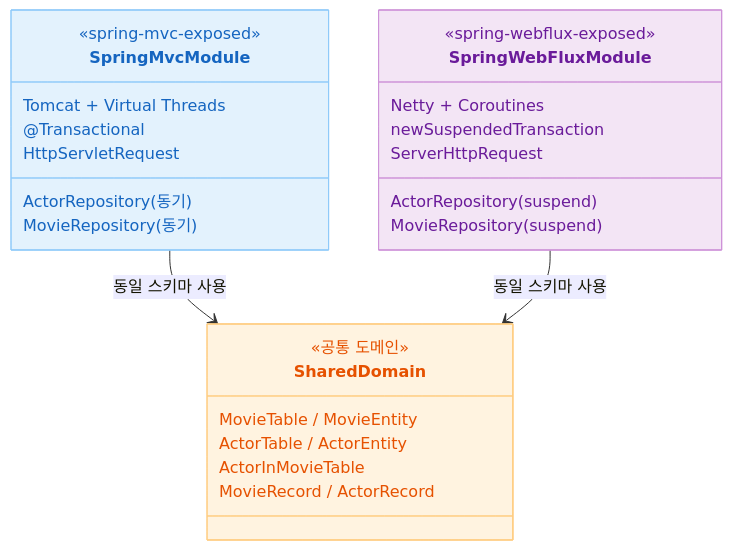
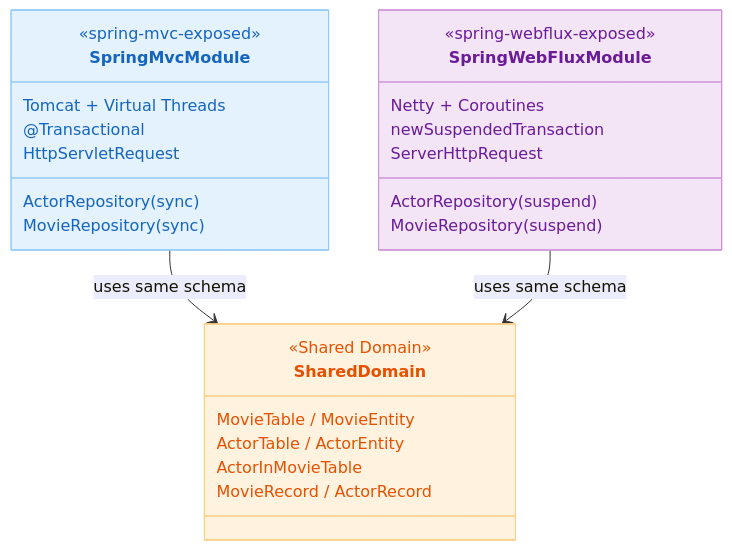
Before and after one commit to bluetape4k/exposed-workshop: the first of 2 diagrams in 01-spring-boot/README.md, drawn with Mermaid. The commit also changed other lines of this file and 115 other files, not shown here.

````diff
--- a/01-spring-boot/README.md
+++ b/01-spring-boot/README.md
@@ -27,35 +29,35 @@
 ```mermaid
 classDiagram
     class SpringMvcModule {
         <<spring-mvc-exposed>>
         Tomcat + Virtual Threads
         @Transactional
         HttpServletRequest
-        ActorRepository (동기)
-        MovieRepository (동기)
+        ActorRepository (sync)
+        MovieRepository (sync)
     }
 
     class SpringWebFluxModule {
         <<spring-webflux-exposed>>
         Netty + Coroutines
         newSuspendedTransaction
         ServerHttpRequest
         ActorRepository (suspend)
         MovieRepository (suspend)
     }
 
     class SharedDomain {
-        <<공통 도메인>>
+        <<Shared Domain>>
         MovieTable / MovieEntity
         ActorTable / ActorEntity
         ActorInMovieTable
         MovieRecord / ActorRecord
     }
 
-    SpringMvcModule --> SharedDomain : 동일 스키마 사용
-    SpringWebFluxModule --> SharedDomain : 동일 스키마 사용
+    SpringMvcModule --> SharedDomain : uses same schema
+    SpringWebFluxModule --> SharedDomain : uses same schema
 
     style SpringMvcModule fill:#E3F2FD,stroke:#90CAF9,color:#1565C0
     style SpringWebFluxModule fill:#F3E5F5,stroke:#CE93D8,color:#6A1B9A
     style SharedDomain fill:#FFF3E0,stroke:#FFCC80,color:#E65100
 ```
````
